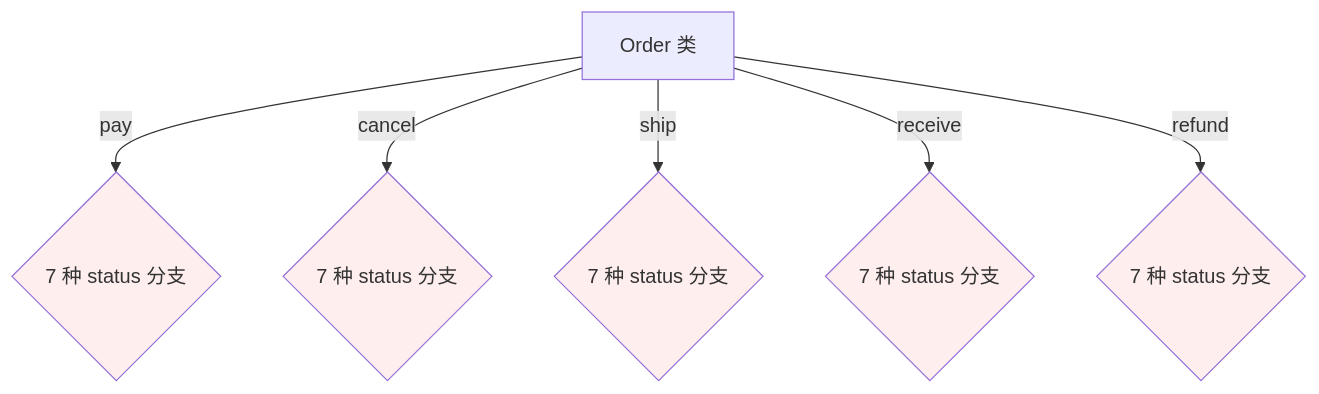
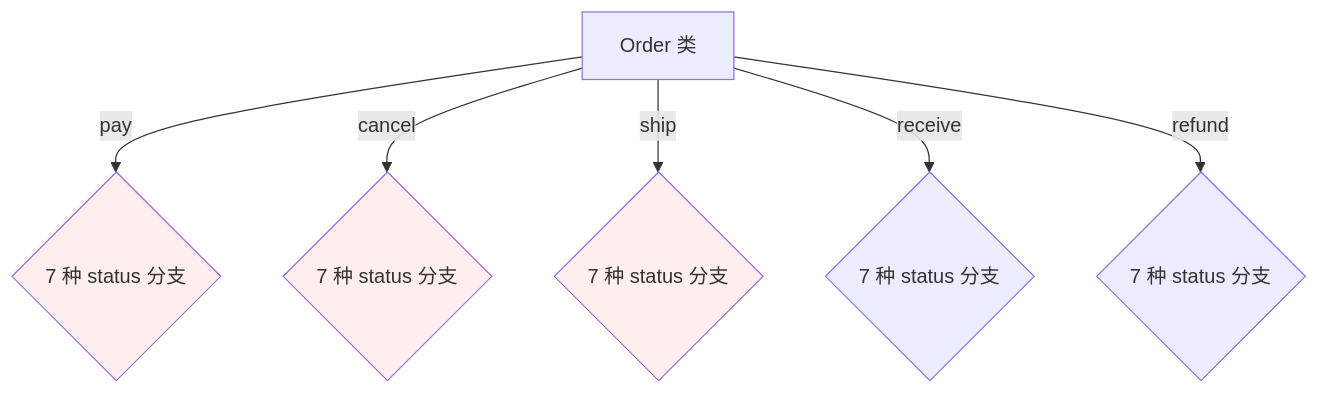
Before and after one commit to chongyang211/YCBookBlog: the first of 8 diagrams in docs/08.编程/03.巧学设计模式/19.状态模式设计思想.md, drawn with Mermaid. The commit also changed other lines of this file and 13 other files, not shown here.

````diff
--- a/docs/08.编程/03.巧学设计模式/19.状态模式设计思想.md
+++ b/docs/08.编程/03.巧学设计模式/19.状态模式设计思想.md
@@ -428,13 +129,11 @@
 ```mermaid
 flowchart TD
     Order[Order 类] -->|pay| P{7 种 status 分支}
     Order -->|cancel| C{7 种 status 分支}
     Order -->|ship| S{7 种 status 分支}
     Order -->|receive| R{7 种 status 分支}
     Order -->|refund| RF{7 种 status 分支}
     style P fill:#fee
     style C fill:#fee
     style S fill:#fee
-    style R fill:#fee
-    style RF fill:#fee
 ```
````
